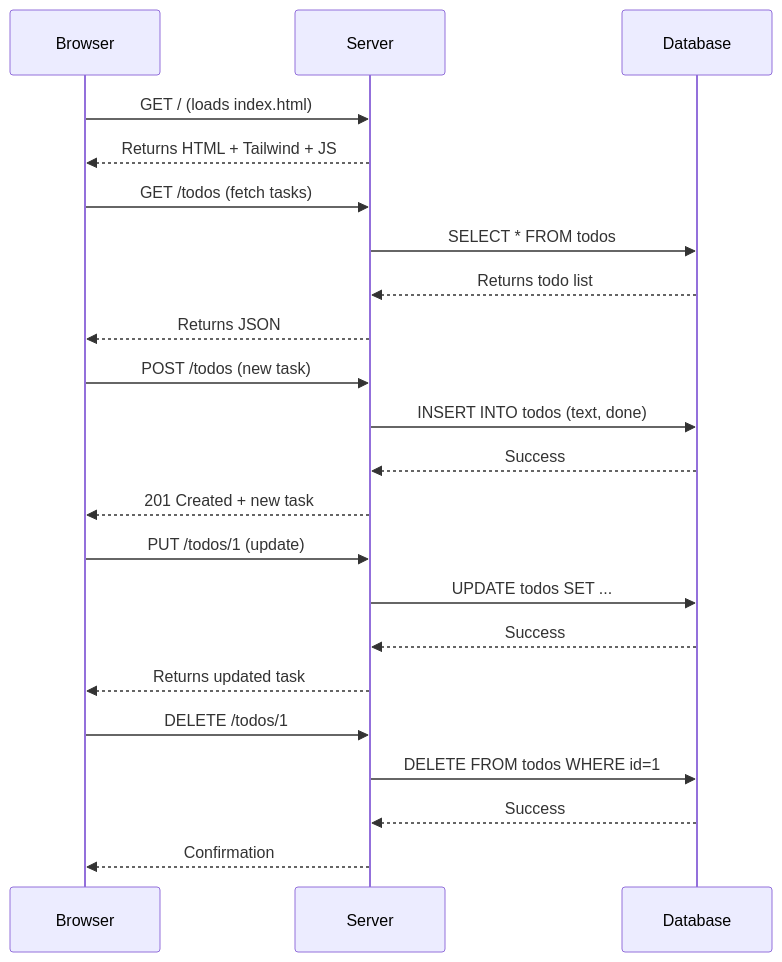
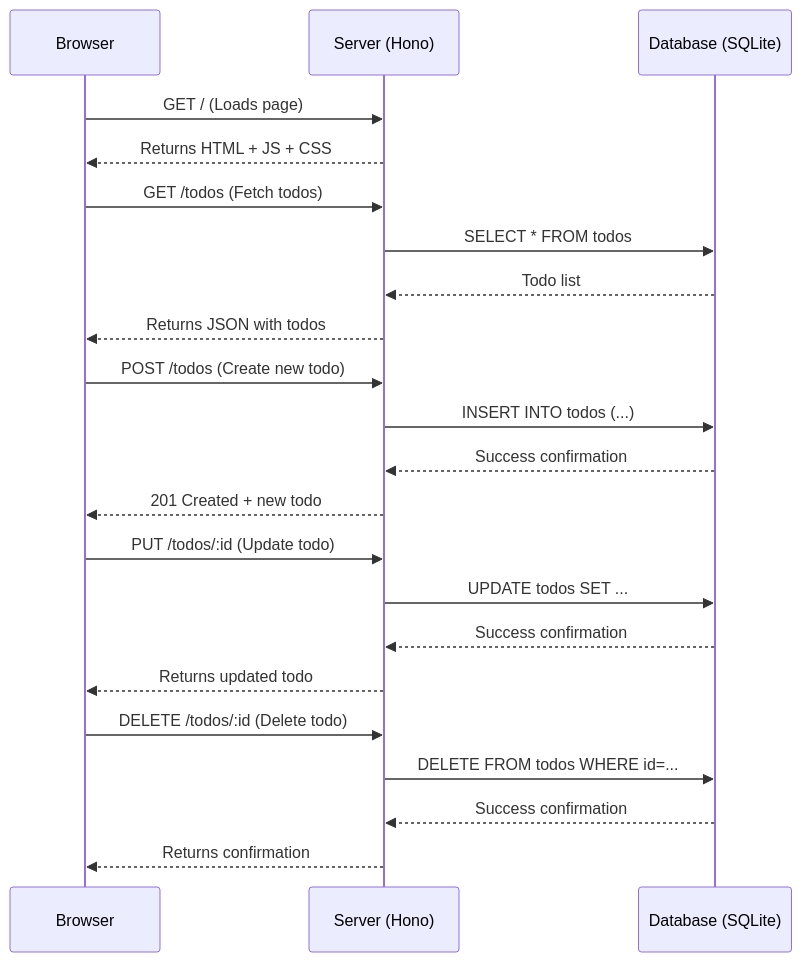
The second of 2 diagrams in README.md (lfrichter/hono-task-manager), drawn with Mermaid before and after one commit. The commit also changed other lines of this file, not shown here.

````diff
--- a/README.md
+++ b/README.md
@@ -57,29 +64,29 @@
 ```mermaid
 sequenceDiagram
     participant Browser
-    participant Server
-    participant Database
+    participant Server (Hono)
+    participant Database (SQLite)
 
-    Browser->>Server: GET / (loads index.html)
-    Server-->>Browser: Returns HTML + Tailwind + JS
+    Browser->>Server (Hono): GET / (Loads page)
+    Server (Hono)-->>Browser: Returns HTML + JS + CSS
 
-    Browser->>Server: GET /todos (fetch tasks)
-    Server->>Database: SELECT * FROM todos
-    Database-->>Server: Returns todo list
-    Server-->>Browser: Returns JSON
+    Browser->>Server (Hono): GET /todos (Fetch todos)
+    Server (Hono)->>Database (SQLite): SELECT * FROM todos
+    Database (SQLite)-->>Server (Hono): Todo list
+    Server (Hono)-->>Browser: Returns JSON with todos
 
-    Browser->>Server: POST /todos (new task)
-    Server->>Database: INSERT INTO todos (text, done)
-    Database-->>Server: Success
-    Server-->>Browser: 201 Created + new task
+    Browser->>Server (Hono): POST /todos (Create new todo)
+    Server (Hono)->>Database (SQLite): INSERT INTO todos (...)
+    Database (SQLite)-->>Server (Hono): Success confirmation
+    Server (Hono)-->>Browser: 201 Created + new todo
 
-    Browser->>Server: PUT /todos/1 (update)
-    Server->>Database: UPDATE todos SET ...
-    Database-->>Server: Success
-    Server-->>Browser: Returns updated task
+    Browser->>Server (Hono): PUT /todos/:id (Update todo)
+    Server (Hono)->>Database (SQLite): UPDATE todos SET ...
+    Database (SQLite)-->>Server (Hono): Success confirmation
+    Server (Hono)-->>Browser: Returns updated todo
 
-    Browser->>Server: DELETE /todos/1
-    Server->>Database: DELETE FROM todos WHERE id=1
-    Database-->>Server: Success
-    Server-->>Browser: Confirmation
+    Browser->>Server (Hono): DELETE /todos/:id (Delete todo)
+    Server (Hono)->>Database (SQLite): DELETE FROM todos WHERE id=...
+    Database (SQLite)-->>Server (Hono): Success confirmation
+    Server (Hono)-->>Browser: Returns confirmation
 ```
````
